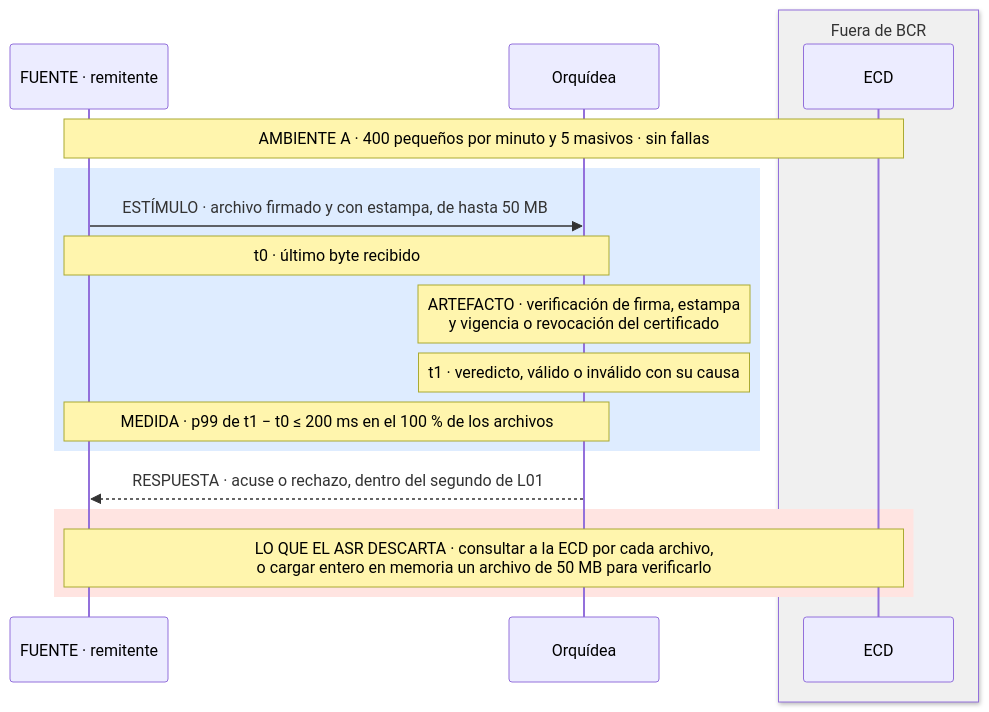
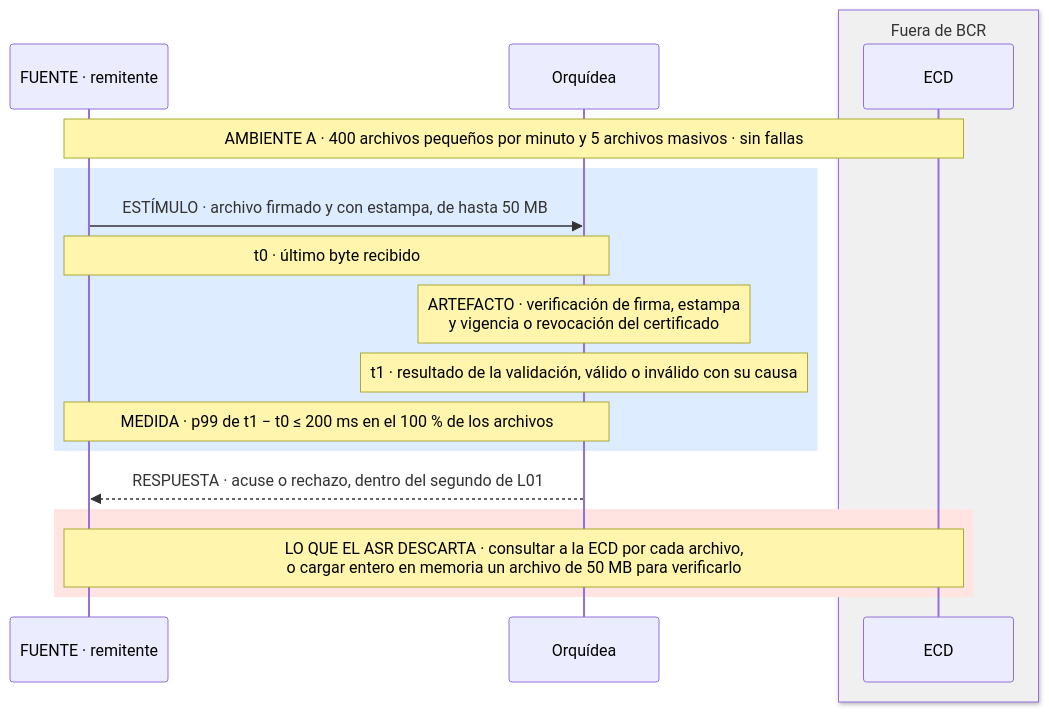
Before and after one commit to MATI-MBIT/arqsoft-reto-4: the fifth of 17 diagrams in docs/quality-attributes.md, drawn with Mermaid. The commit also changed other lines of this file, not shown here.

````diff
--- a/docs/quality-attributes.md
+++ b/docs/quality-attributes.md
@@ -301,20 +301,20 @@
 ```mermaid
 sequenceDiagram
     participant R as FUENTE · remitente
     participant O as Orquídea
     box rgb(240,240,240) Fuera de BCR
     participant E as ECD
     end
-    Note over R,E: AMBIENTE A · 400 pequeños por minuto y 5 masivos · sin fallas
+    Note over R,E: AMBIENTE A · 400 archivos pequeños por minuto y 5 archivos masivos · sin fallas
     rect rgb(222, 236, 255)
     R->>O: ESTÍMULO · archivo firmado y con estampa, de hasta 50 MB
     Note over R,O: t0 · último byte recibido
     Note over O: ARTEFACTO · verificación de firma, estampa<br/>y vigencia o revocación del certificado
-    Note over O: t1 · veredicto, válido o inválido con su causa
+    Note over O: t1 · resultado de la validación, válido o inválido con su causa
     Note over R,O: MEDIDA · p99 de t1 − t0 ≤ 200 ms en el 100 % de los archivos
     end
     O-->>R: RESPUESTA · acuse o rechazo, dentro del segundo de L01
     rect rgb(255, 228, 225)
     Note over R,E: LO QUE EL ASR DESCARTA · consultar a la ECD por cada archivo,<br/>o cargar entero en memoria un archivo de 50 MB para verificarlo
     end
 ```
````
